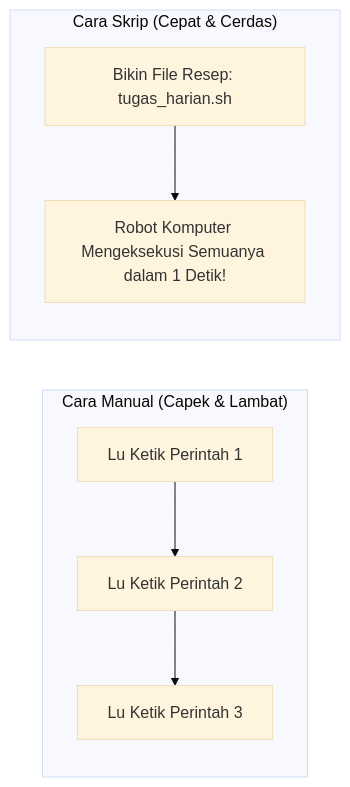
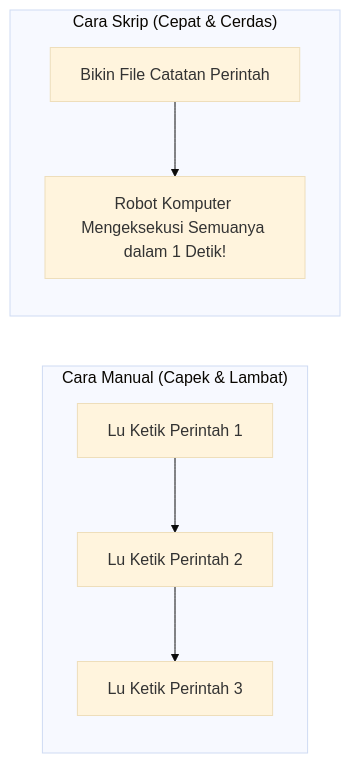
One commit to aroodoleoon/UKM_CYSEC changed the first of 2 diagrams in MATERI_PERTEMUAN_3.md. Above: the diagram before and after it, drawn with Mermaid (base theme). The commit also changed other lines of this file, not shown here.

````diff
--- a/MATERI_PERTEMUAN_3.md
+++ b/MATERI_PERTEMUAN_3.md
@@ -24,10 +46,10 @@
 ```mermaid
 flowchart LR
     subgraph MANUAL ["Cara Manual (Capek & Lambat)"]
         U1[Lu Ketik Perintah 1] --> U2[Lu Ketik Perintah 2] --> U3[Lu Ketik Perintah 3]
     end
     
     subgraph OTOMATIS ["Cara Skrip (Cepat & Cerdas)"]
-        S[Bikin File Resep: tugas_harian.sh] --> R[Robot Komputer Mengeksekusi Semuanya dalam 1 Detik!]
+        S[Bikin File Catatan Perintah] --> R[Robot Komputer Mengeksekusi Semuanya dalam 1 Detik!]
     end
 ```
````
